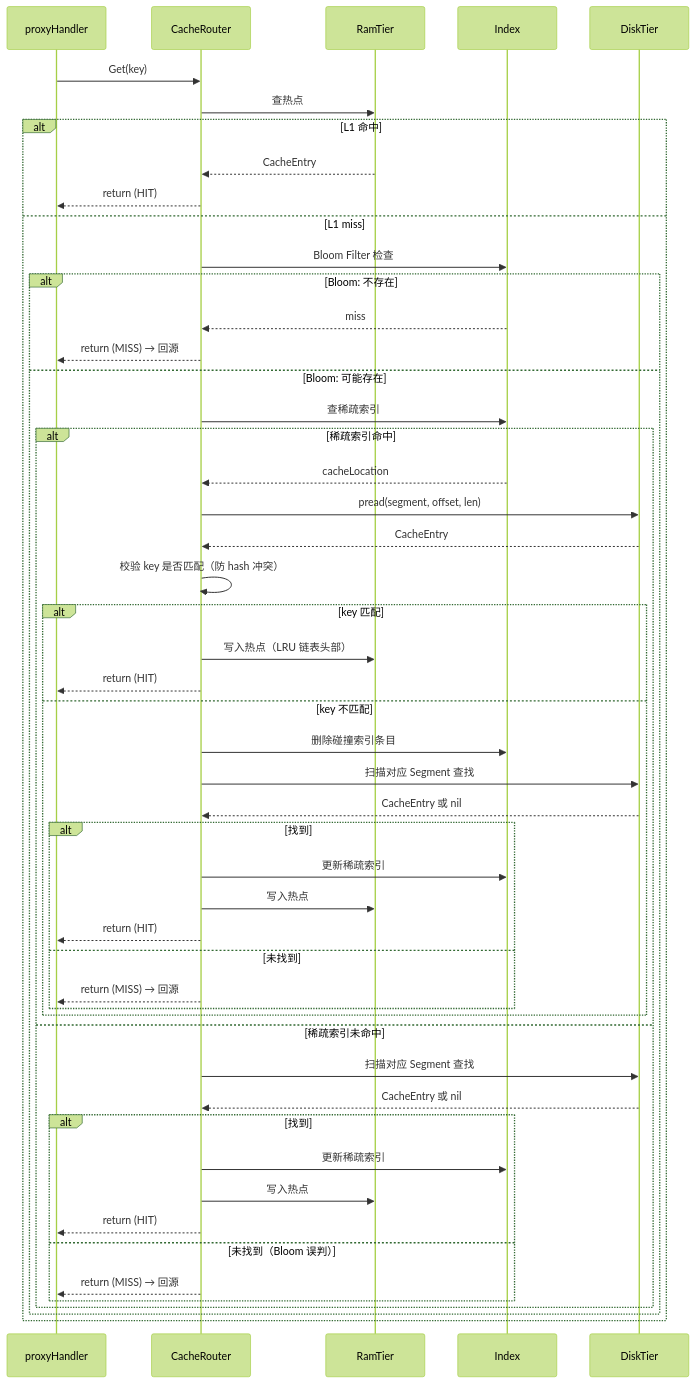
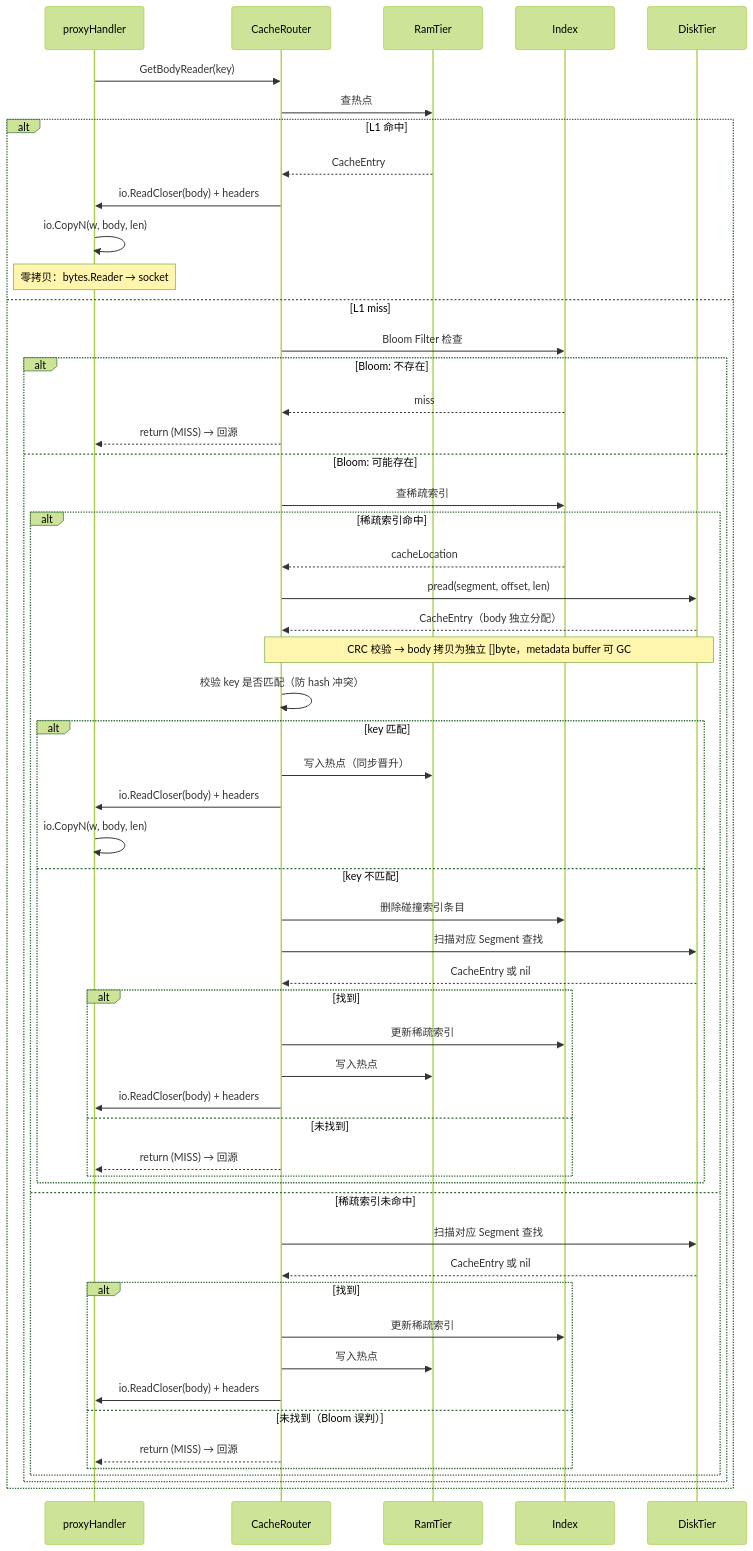
The first of 4 diagrams in deliverables/arch/edge-disk-cache-v1.md (LiusCraft/Veer), drawn with Mermaid (forest theme) before and after one commit. The commit also changed other lines of this file, not shown here.

Commit message:
Update edge disk cache doc with zero-copy read path and `GetBodyReader`

````diff
--- a/deliverables/arch/edge-disk-cache-v1.md
+++ b/deliverables/arch/edge-disk-cache-v1.md
@@ -443,54 +475,58 @@
 ```mermaid
 sequenceDiagram
     participant H as proxyHandler
     participant R as CacheRouter
     participant L1 as RamTier
     participant I as Index
     participant L2 as DiskTier
     
-    H->>R: Get(key)
+    H->>R: GetBodyReader(key)
     R->>L1: 查热点
     alt L1 命中
         L1-->>R: CacheEntry
-        R-->>H: return (HIT)
+        R->>H: io.ReadCloser(body) + headers
+        H->>H: io.CopyN(w, body, len)
+        Note over H: 零拷贝：bytes.Reader → socket
     else L1 miss
         R->>I: Bloom Filter 检查
         alt Bloom: 不存在
             I-->>R: miss
             R-->>H: return (MISS) → 回源
         else Bloom: 可能存在
             R->>I: 查稀疏索引
             alt 稀疏索引命中
                 I-->>R: cacheLocation
                 R->>L2: pread(segment, offset, len)
-                L2-->>R: CacheEntry
+                L2-->>R: CacheEntry（body 独立分配）
+                Note over L2,R: CRC 校验 → body 拷贝为独立 []byte，metadata buffer 可 GC
                 R->>R: 校验 key 是否匹配（防 hash 冲突）
                 alt key 匹配
-                    R->>L1: 写入热点（LRU 链表头部）
-                    R-->>H: return (HIT)
+                    R->>L1: 写入热点（同步晋升）
+                    R->>H: io.ReadCloser(body) + headers
+                    H->>H: io.CopyN(w, body, len)
                 else key 不匹配
                     R->>I: 删除碰撞索引条目
                     R->>L2: 扫描对应 Segment 查找
                     L2-->>R: CacheEntry 或 nil
                     alt 找到
                         R->>I: 更新稀疏索引
                         R->>L1: 写入热点
-                        R-->>H: return (HIT)
+                        R->>H: io.ReadCloser(body) + headers
                     else 未找到
                         R-->>H: return (MISS) → 回源
                     end
                 end
             else 稀疏索引未命中
                 R->>L2: 扫描对应 Segment 查找
                 L2-->>R: CacheEntry 或 nil
                 alt 找到
                     R->>I: 更新稀疏索引
                     R->>L1: 写入热点
-                    R-->>H: return (HIT)
+                    R->>H: io.ReadCloser(body) + headers
                 else 未找到（Bloom 误判）
                     R-->>H: return (MISS) → 回源
                 end
             end
         end
     end
 ```
````
